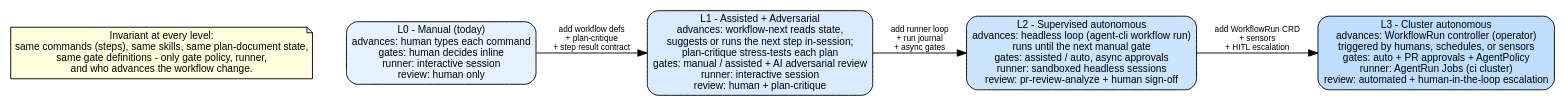
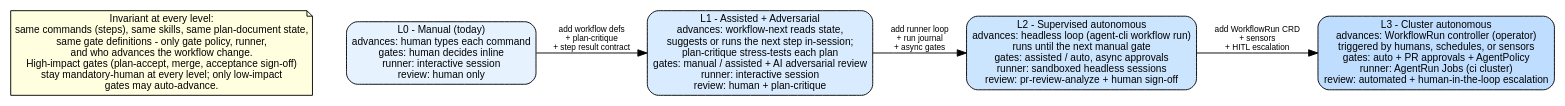
The diagram in packages/diagram/diagram-agent-workflow/maturity-ladder.dot (xonovex/platform), drawn with Graphviz before and after one commit. The commit also changed 7 other files, not shown here.

First line of the commit message:
feat(workflow): harden governance — DoD, PO sign-off, NFR, non-delegable gates, right-size

```diff
--- a/packages/diagram/diagram-agent-workflow/maturity-ladder.dot
+++ b/packages/diagram/diagram-agent-workflow/maturity-ladder.dot
@@ -1,19 +1,19 @@
 digraph AgenticMaturityLadder {
   // Progressive automation: what changes per level, and what never does.
   rankdir=LR;
   splines=polyline;
   node [shape=box, style="rounded,filled", fillcolor=white, fontname="Arial", fontsize=11];
   edge [fontname="Arial", fontsize=9];
 
   l0 [label="L0 - Manual (today)\nadvances: human types each command\ngates: human decides inline\nrunner: interactive session\nreview: human only", fillcolor="#e6f3ff"];
   l1 [label="L1 - Assisted + Adversarial\nadvances: workflow-next reads state,\nsuggests or runs the next step in-session;\nplan-critique stress-tests each plan\ngates: manual / assisted + AI adversarial review\nrunner: interactive session\nreview: human + plan-critique", fillcolor="#d9ecff"];
   l2 [label="L2 - Supervised autonomous\nadvances: headless loop (agent-cli workflow run)\nruns until the next manual gate\ngates: assisted / auto, async approvals\nrunner: sandboxed headless sessions\nreview: pr-review-analyze + human sign-off", fillcolor="#cce5ff"];
   l3 [label="L3 - Cluster autonomous\nadvances: WorkflowRun controller (operator)\ntriggered by humans, schedules, or sensors\ngates: auto + PR approvals + AgentPolicy\nrunner: AgentRun Jobs (ci cluster)\nreview: automated + human-in-the-loop escalation", fillcolor="#bfdeff"];
 
   l0 -> l1 [label="add workflow defs\n+ plan-critique\n+ step result contract"];
   l1 -> l2 [label="add runner loop\n+ run journal\n+ async gates"];
   l2 -> l3 [label="add WorkflowRun CRD\n+ sensors\n+ HITL escalation"];
 
-  invariant [label="Invariant at every level:\nsame commands (steps), same skills, same plan-document state,\nsame gate definitions - only gate policy, runner,\nand who advances the workflow change.", shape=note, fillcolor=lightyellow];
+  invariant [label="Invariant at every level:\nsame commands (steps), same skills, same plan-document state,\nsame gate definitions - only gate policy, runner,\nand who advances the workflow change.\nHigh-impact gates (plan-accept, merge, acceptance sign-off)\nstay mandatory-human at every level; only low-impact\ngates may auto-advance.", shape=note, fillcolor=lightyellow];
   invariant -> l0 [style=invis];
 }
```
